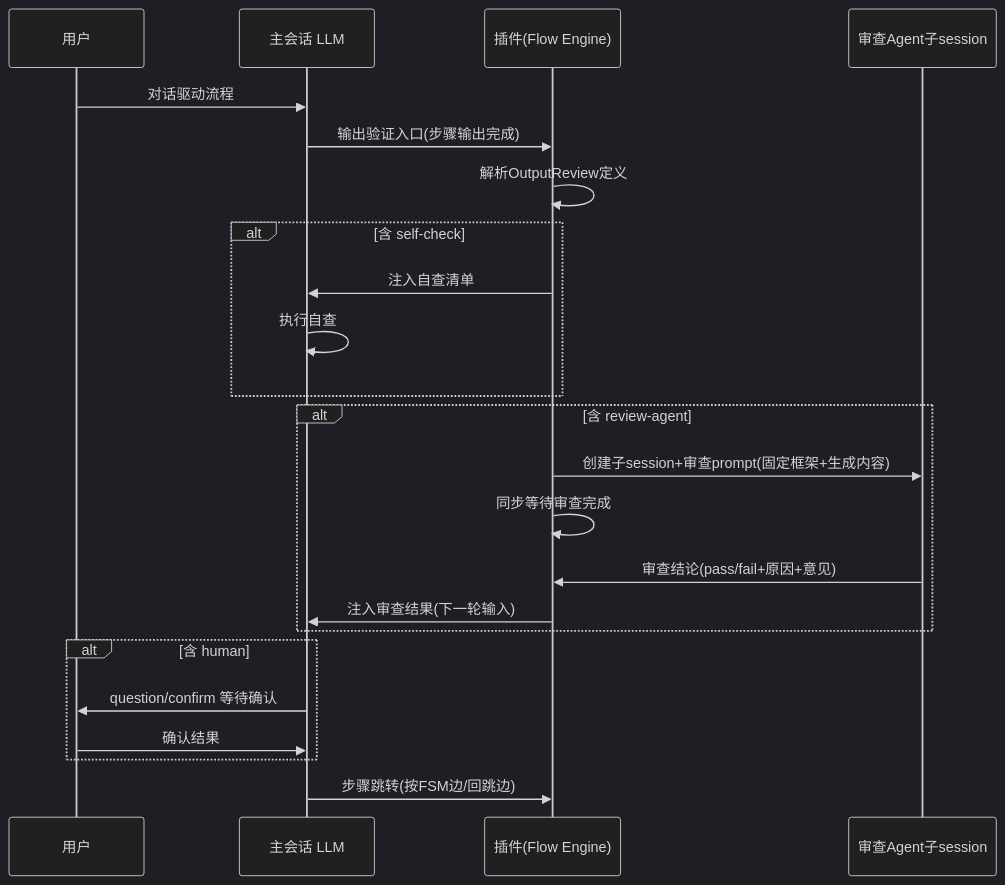
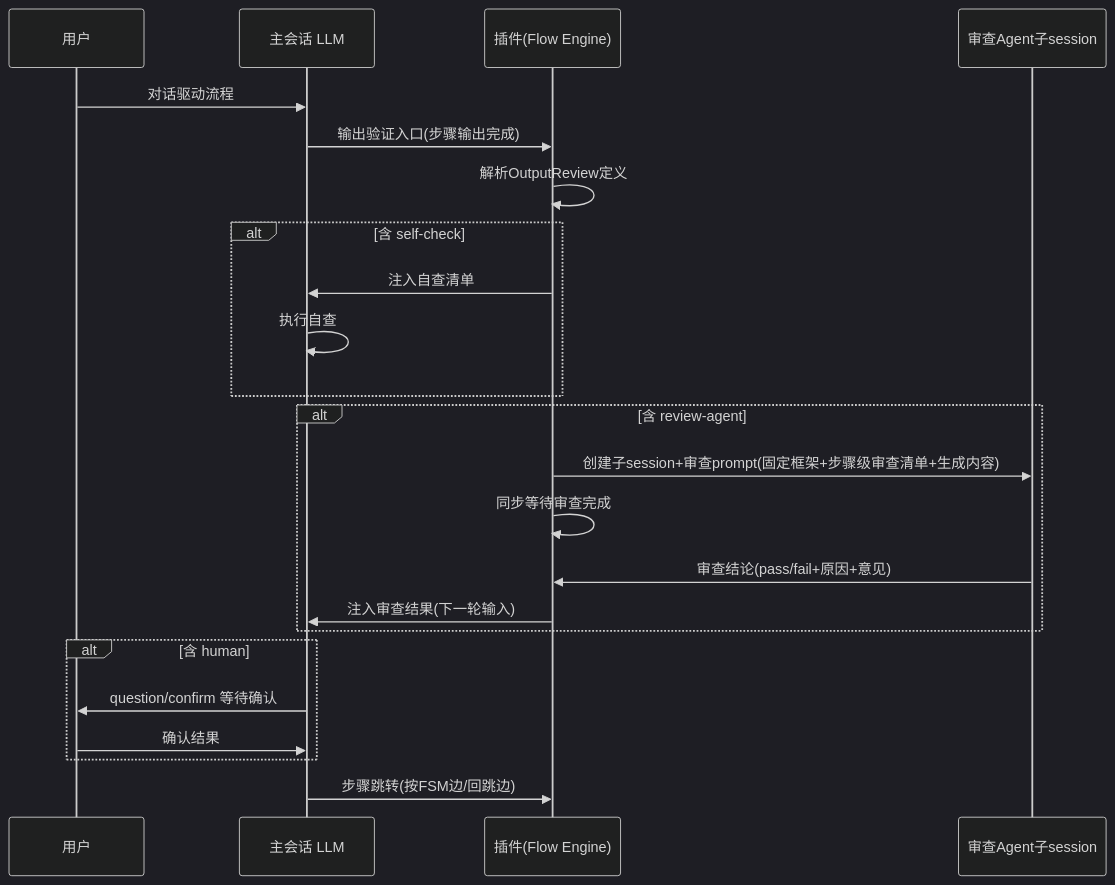
The second of 10 diagrams in docs/spec/vibe-pm-spec-0.2.md (hank-cp/opencode-vibe-pm), drawn with Mermaid (dark theme) before and after one commit. The commit also changed other lines of this file and 20 other files, not shown here.

First line of the commit message:
feat(flow): split review checklists by reviewer — self-check vs review-agent

````diff
--- a/docs/spec/vibe-pm-spec-0.2.md
+++ b/docs/spec/vibe-pm-spec-0.2.md
@@ -593,25 +606,25 @@
 ```mermaid
 sequenceDiagram
     participant U as 用户
     participant M as 主会话 LLM
     participant P as 插件(Flow Engine)
     participant R as 审查Agent子session
     U->>M: 对话驱动流程
     M->>P: 输出验证入口(步骤输出完成)
     P->>P: 解析OutputReview定义
     alt 含 self-check
         P->>M: 注入自查清单
         M->>M: 执行自查
     end
     alt 含 review-agent
-        P->>R: 创建子session+审查prompt(固定框架+生成内容)
+        P->>R: 创建子session+审查prompt(固定框架+步骤级审查清单+生成内容)
         P->>P: 同步等待审查完成
         R->>P: 审查结论(pass/fail+原因+意见)
         P->>M: 注入审查结果(下一轮输入)
     end
     alt 含 human
         M->>U: question/confirm 等待确认
         U->>M: 确认结果
     end
     M->>P: 步骤跳转(按FSM边/回跳边)
 ```
````
